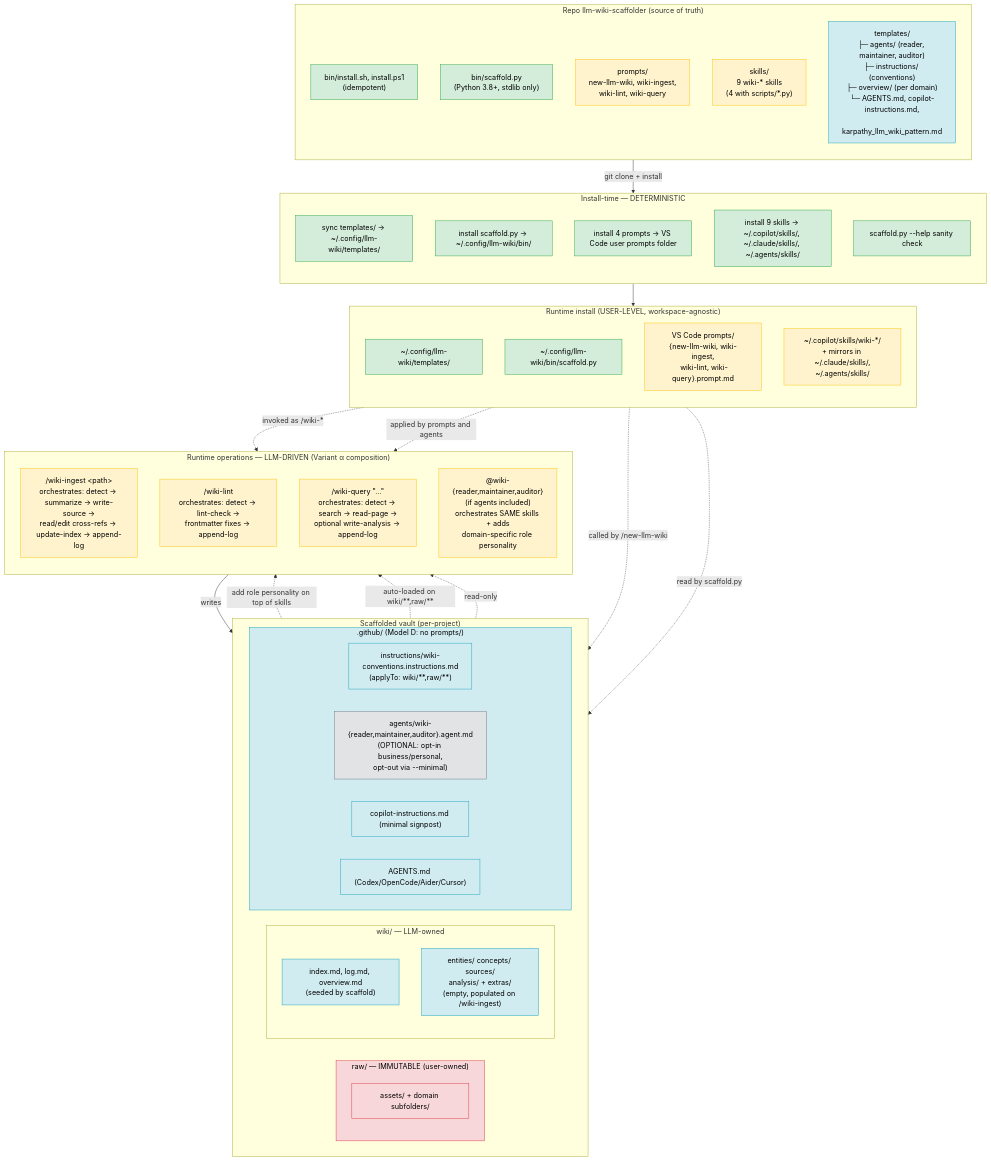
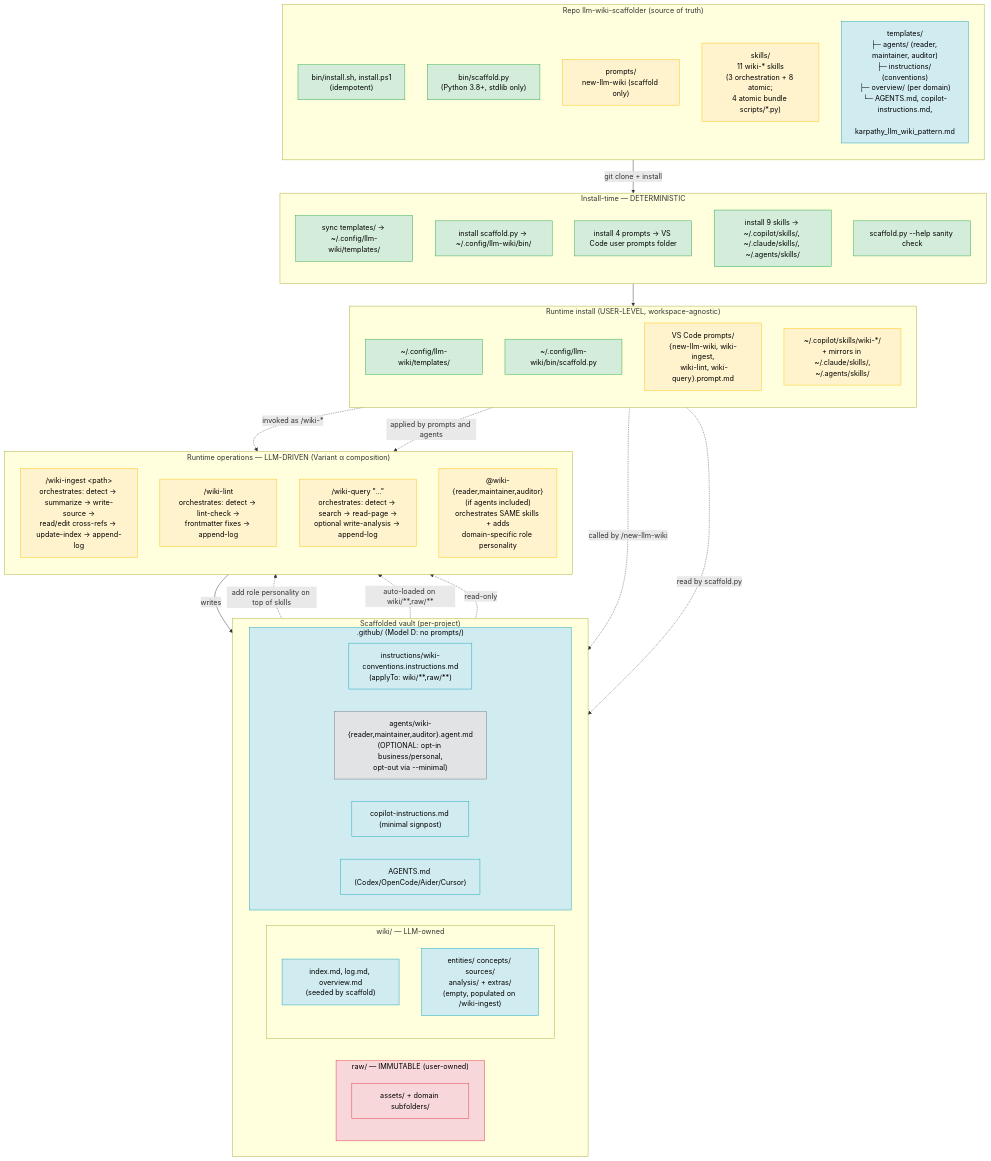
The diagram in ARCHITECTURE.md (AntonioBilotta/Llm-Wiki-Scaffolder), drawn with Mermaid before and after one commit. The commit also changed other lines of this file and 24 other files, not shown here.

First line of the commit message:
refactor(model-d): orchestration skills + agent delegation (ADR-0012, Phase F)

````diff
--- a/ARCHITECTURE.md
+++ b/ARCHITECTURE.md
@@ -17,76 +17,76 @@
 ```mermaid
 flowchart TB
     subgraph REPO["Repo llm-wiki-scaffolder (source of truth)"]
         direction TB
         R_INSTALL["bin/install.sh, install.ps1<br/>(idempotent)"]
         R_SCAFFOLD["bin/scaffold.py<br/>(Python 3.8+, stdlib only)"]
-        R_PROMPTS["prompts/<br/>new-llm-wiki, wiki-ingest,<br/>wiki-lint, wiki-query"]
-        R_SKILLS["skills/<br/>9 wiki-* skills<br/>(4 with scripts/*.py)"]
+        R_PROMPTS["prompts/<br/>new-llm-wiki (scaffold only)"]
+        R_SKILLS["skills/<br/>11 wiki-* skills<br/>(3 orchestration + 8 atomic;<br/>4 atomic bundle scripts/*.py)"]
         R_TEMPLATES["templates/<br/>├─ agents/ (reader, maintainer, auditor)<br/>├─ instructions/ (conventions)<br/>├─ overview/ (per domain)<br/>└─ AGENTS.md, copilot-instructions.md,<br/>   karpathy_llm_wiki_pattern.md"]
     end
 
     subgraph INSTALL["Install-time — DETERMINISTIC"]
         direction TB
         I_TEMPLATES["sync templates/ → ~/.config/llm-wiki/templates/"]
         I_SCRIPT["install scaffold.py → ~/.config/llm-wiki/bin/"]
         I_PROMPTS["install 4 prompts → VS Code user prompts folder"]
         I_SKILLS["install 9 skills → ~/.copilot/skills/, ~/.claude/skills/, ~/.agents/skills/"]
         I_VERIFY["scaffold.py --help sanity check"]
     end
 
     subgraph USER_HOME["Runtime install (USER-LEVEL, workspace-agnostic)"]
         direction TB
         H_TEMPLATES["~/.config/llm-wiki/templates/"]
         H_SCRIPT["~/.config/llm-wiki/bin/scaffold.py"]
         H_PROMPTS["VS Code prompts/<br/>{new-llm-wiki, wiki-ingest,<br/> wiki-lint, wiki-query}.prompt.md"]
         H_SKILLS["~/.copilot/skills/wiki-*/<br/>+ mirrors in ~/.claude/skills/,<br/>~/.agents/skills/"]
     end
 
     subgraph VAULT["Scaffolded vault (per-project)"]
         direction LR
         subgraph V_RAW["raw/ — IMMUTABLE (user-owned)"]
             V_RAW_F["assets/ + domain subfolders/"]
         end
         subgraph V_WIKI["wiki/ — LLM-owned"]
             V_NAV["index.md, log.md, overview.md<br/>(seeded by scaffold)"]
             V_EMPTY["entities/ concepts/ sources/<br/>analysis/ + extras/<br/>(empty, populated on /wiki-ingest)"]
         end
         subgraph V_META[".github/ (Model D: no prompts/)"]
             V_INSTR["instructions/wiki-conventions.instructions.md<br/>(applyTo: wiki/**,raw/**)"]
             V_AGENTS["agents/wiki-{reader,maintainer,auditor}.agent.md<br/>(OPTIONAL: opt-in business/personal,<br/>opt-out via --minimal)"]
             V_SIGNPOST["copilot-instructions.md (minimal signpost)"]
             V_BRIDGE["AGENTS.md (Codex/OpenCode/Aider/Cursor)"]
         end
     end
 
     subgraph OPS["Runtime operations — LLM-DRIVEN (Variant α composition)"]
         direction TB
         OP_INGEST["/wiki-ingest &lt;path&gt;<br/>orchestrates: detect → summarize → write-source →<br/>read/edit cross-refs → update-index → append-log"]
         OP_LINT["/wiki-lint<br/>orchestrates: detect → lint-check →<br/>frontmatter fixes → append-log"]
         OP_QUERY["/wiki-query &quot;...&quot;<br/>orchestrates: detect → search → read-page →<br/>optional write-analysis → append-log"]
         OP_MAINT_DIRECT["@wiki-{reader,maintainer,auditor}<br/>(if agents included)<br/>orchestrates SAME skills + adds<br/>domain-specific role personality"]
     end
 
     REPO -->|"git clone + install"| INSTALL
     INSTALL --> USER_HOME
     H_PROMPTS -.->|"invoked as /wiki-*"| OPS
     H_SKILLS -.->|"applied by prompts and agents"| OPS
     H_SCRIPT -.->|"called by /new-llm-wiki"| VAULT
     H_TEMPLATES -.->|"read by scaffold.py"| VAULT
     OPS -->|"writes"| V_WIKI
     V_AGENTS -.->|"add role personality on top of skills"| OPS
     V_INSTR -.->|"auto-loaded on wiki/**,raw/**"| OPS
     V_RAW -.->|"read-only"| OPS
 
     classDef det fill:#d4edda,stroke:#28a745,color:#000
     classDef llm fill:#fff3cd,stroke:#ffc107,color:#000
     classDef data fill:#d1ecf1,stroke:#17a2b8,color:#000
     classDef immut fill:#f8d7da,stroke:#dc3545,color:#000
     classDef opt fill:#e2e3e5,stroke:#6c757d,color:#000
 
     class R_INSTALL,R_SCAFFOLD,I_TEMPLATES,I_SCRIPT,I_PROMPTS,I_SKILLS,I_VERIFY,H_TEMPLATES,H_SCRIPT det
     class R_PROMPTS,R_SKILLS,H_PROMPTS,H_SKILLS,OP_INGEST,OP_LINT,OP_QUERY,OP_MAINT_DIRECT llm
     class R_TEMPLATES,V_NAV,V_EMPTY,V_META,V_INSTR,V_SIGNPOST,V_BRIDGE data
     class V_RAW,V_RAW_F immut
     class V_AGENTS opt
 ```
````
